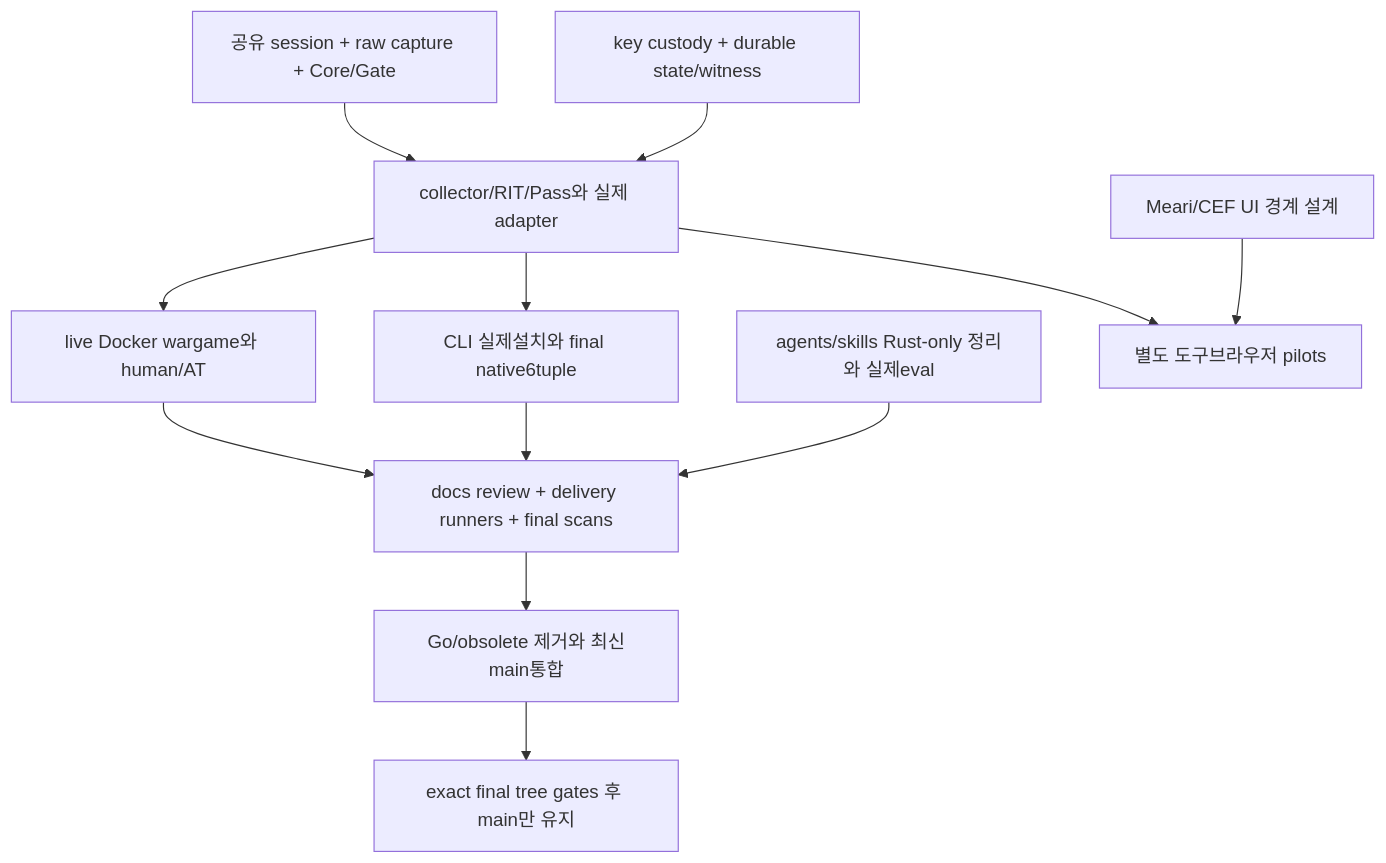
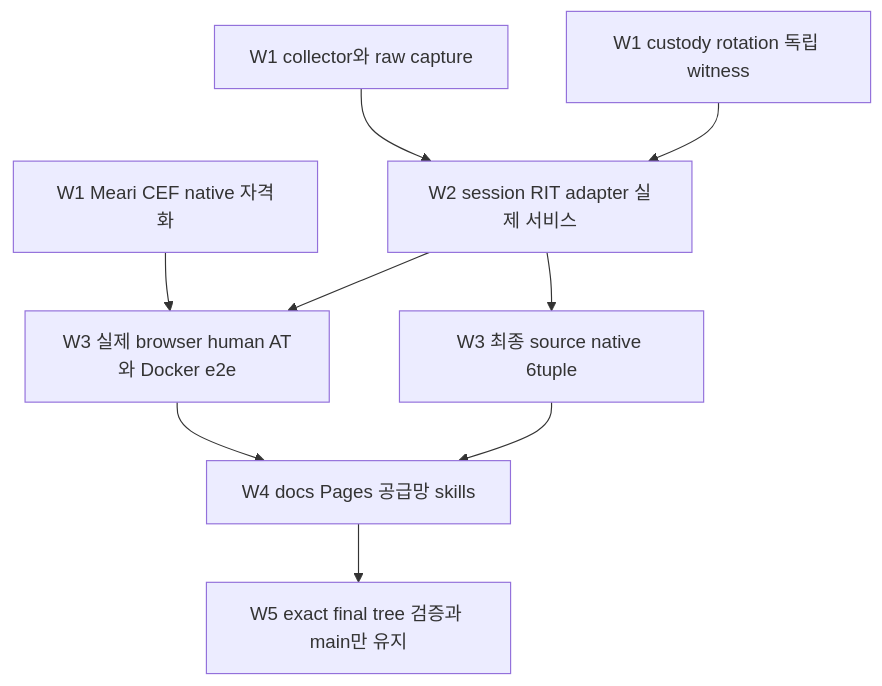
Before and after one commit to modootoday/humanymous: the diagram in .spec/sot/program-roadmap.sot.md, drawn with Mermaid. The commit also changed other lines of this file and 4 other files, not shown here.

First line of the commit message:
docs(roadmap): reconcile milestones and verified parallel outcomes

````diff
--- a/.spec/sot/program-roadmap.sot.md
+++ b/.spec/sot/program-roadmap.sot.md
@@ -123,14 +158,11 @@
 ```mermaid
 flowchart TD
-  A[공유 session + raw capture + Core/Gate] --> C[collector/RIT/Pass와 실제 adapter]
-  K[key custody + durable state/witness] --> C
-  C --> D[live Docker wargame와 human/AT]
-  C --> E[CLI 실제설치와 final native6tuple]
-  D --> F[docs review + delivery runners + final scans]
-  E --> F
-  S[agents/skills Rust-only 정리와 실제eval] --> F
-  F --> G[Go/obsolete 제거와 최신main통합]
-  G --> H[exact final tree gates 후 main만 유지]
-  B[Meari/CEF UI 경계 설계] --> P[별도 도구브라우저 pilots]
-  C --> P
+  C[W1 collector와 raw capture] --> R[W2 session RIT adapter 실제 서비스]
+  K[W1 custody rotation 독립 witness] --> R
+  B[W1 Meari CEF native 자격화] --> T[W3 실제 browser human AT와 Docker e2e]
+  R --> T
+  R --> N[W3 최종 source native 6tuple]
+  T --> D[W4 docs Pages 공급망 skills]
+  N --> D
+  D --> M[W5 exact final tree 검증과 main만 유지]
 ```
````
